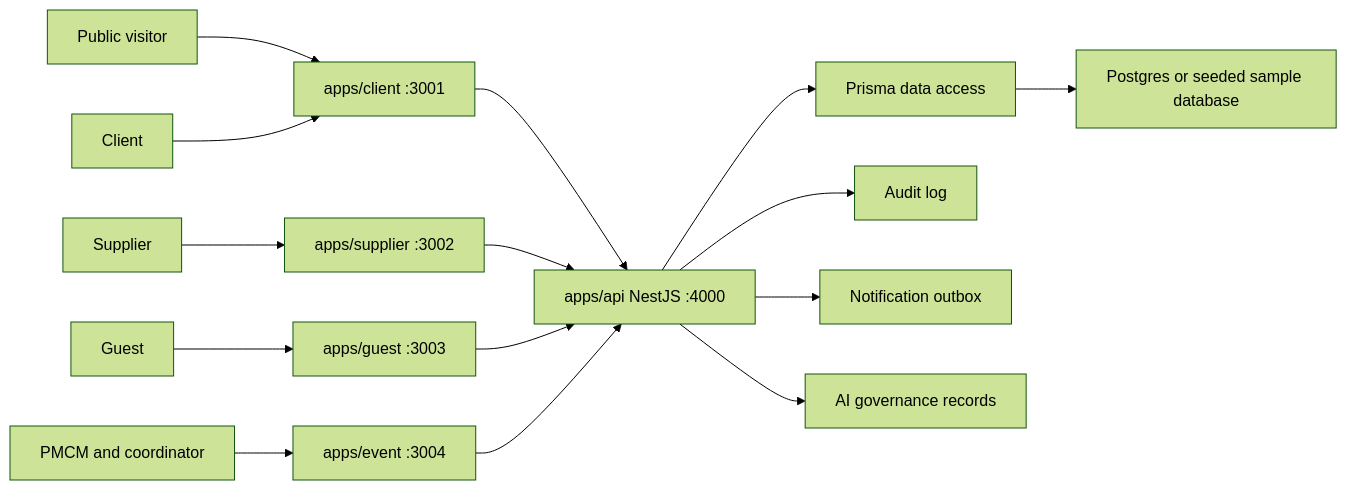
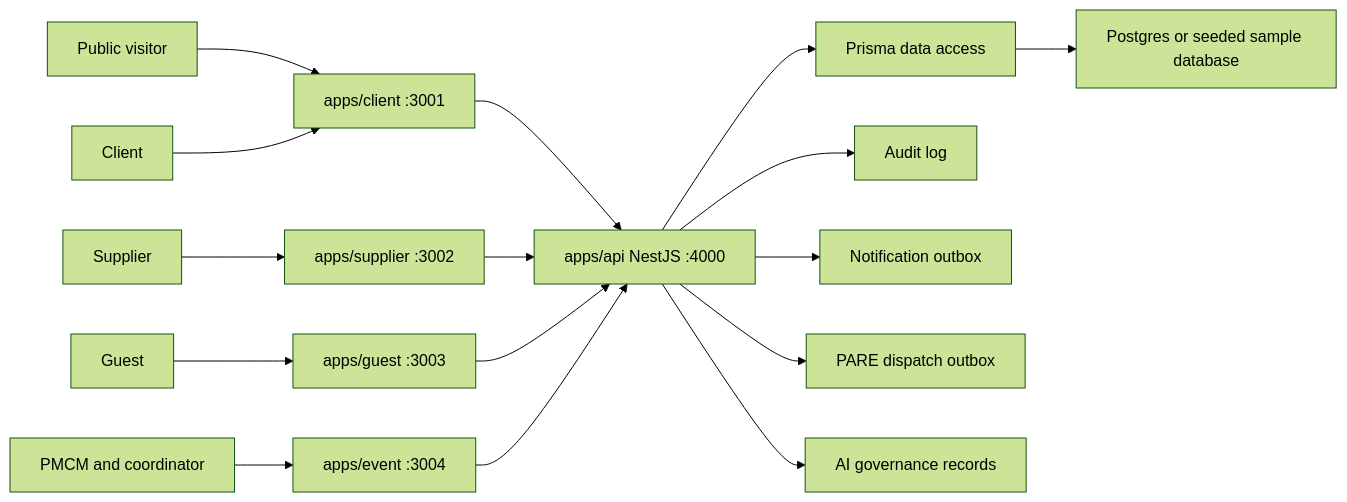
Before and after one commit to The-Team-CG/prism: the diagram in docs/architecture/current-architecture.md, drawn with Mermaid (forest theme). The commit also changed other lines of this file and 27 other files, not shown here.

````diff
--- a/docs/architecture/current-architecture.md
+++ b/docs/architecture/current-architecture.md
@@ -77,18 +77,19 @@
 ```mermaid
 flowchart LR
   Public["Public visitor"] --> ClientApp["apps/client :3001"]
   Client["Client"] --> ClientApp
   Supplier["Supplier"] --> SupplierApp["apps/supplier :3002"]
   Guest["Guest"] --> GuestApp["apps/guest :3003"]
   PMCM["PMCM and coordinator"] --> EventApp["apps/event :3004"]
 
   ClientApp --> Api["apps/api NestJS :4000"]
   SupplierApp --> Api
   GuestApp --> Api
   EventApp --> Api
   Api --> Prisma["Prisma data access"]
   Prisma --> Postgres["Postgres or seeded sample database"]
   Api --> Audit["Audit log"]
   Api --> Notifications["Notification outbox"]
+  Api --> PareDispatch["PARE dispatch outbox"]
   Api --> AiGov["AI governance records"]
 ```
````
